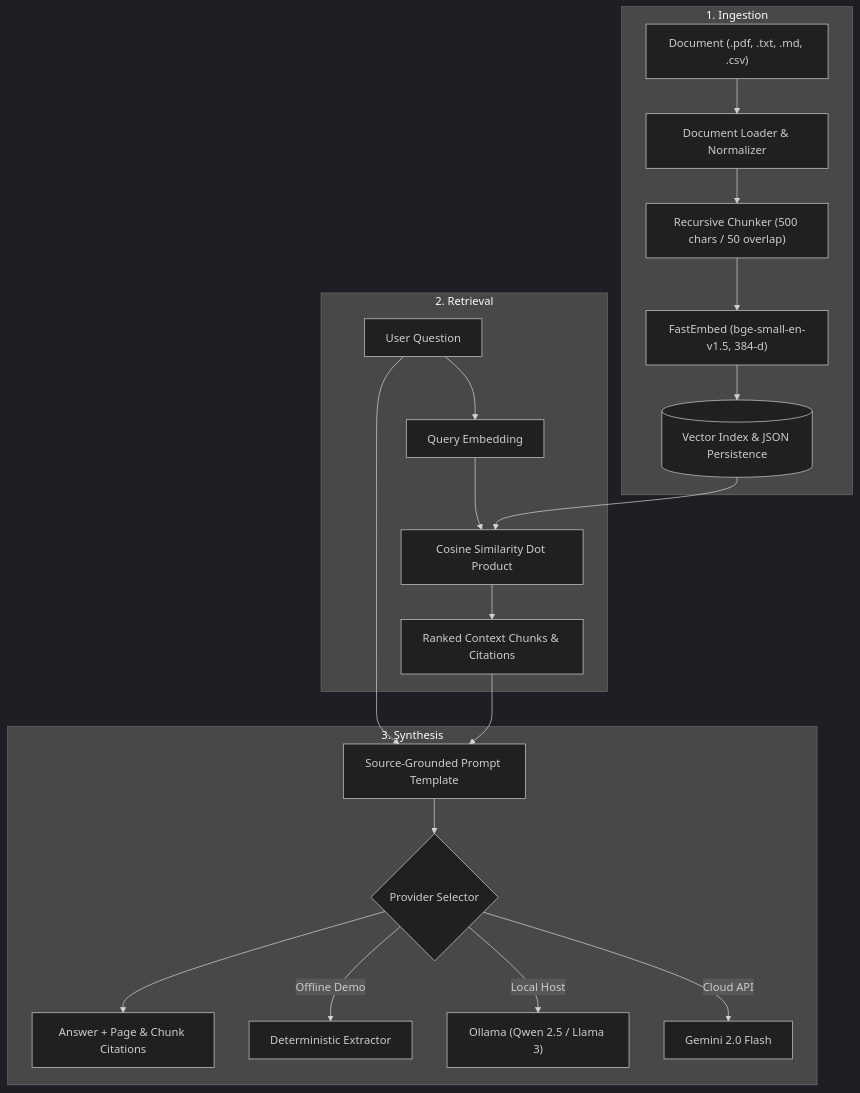
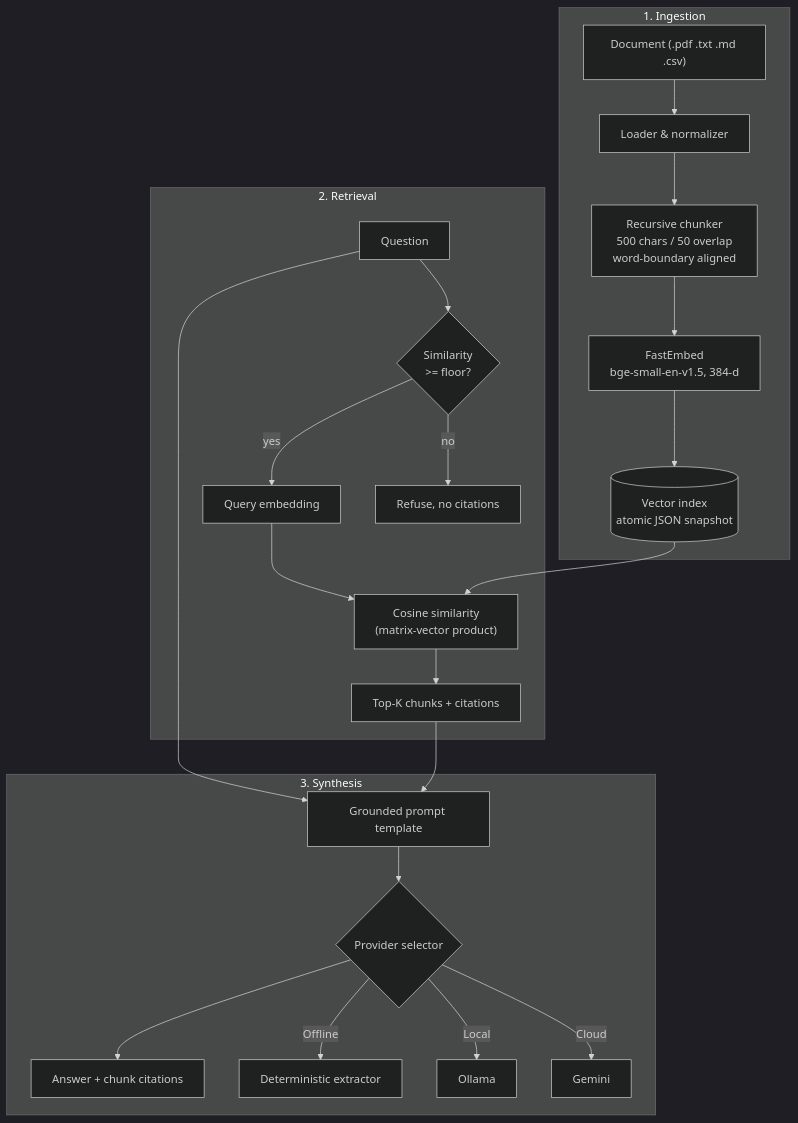
Before and after one commit to MishaelOliva/documind-ai: the diagram in README.md, drawn with Mermaid (dark theme). The commit also changed other lines of this file and 22 other files, not shown here.

````diff
--- a/README.md
+++ b/README.md
@@ -37,26 +44,28 @@
 ```mermaid
 flowchart TD
     subgraph INGESTION["1. Ingestion"]
-        Doc["Document (.pdf, .txt, .md, .csv)"] --> Loader["Document Loader & Normalizer"]
-        Loader --> Chunker["Recursive Chunker (500 chars / 50 overlap)"]
-        Chunker --> Embedder["FastEmbed (bge-small-en-v1.5, 384-d)"]
-        Embedder --> Store[("Vector Index & JSON Persistence")]
+        Doc["Document (.pdf .txt .md .csv)"] --> Loader["Loader & normalizer"]
+        Loader --> Chunker["Recursive chunker<br/>500 chars / 50 overlap<br/>word-boundary aligned"]
+        Chunker --> Embedder["FastEmbed<br/>bge-small-en-v1.5, 384-d"]
+        Embedder --> Store[("Vector index<br/>atomic JSON snapshot")]
     end
 
     subgraph RETRIEVAL["2. Retrieval"]
-        Query["User Question"] --> QEmbed["Query Embedding"]
-        QEmbed --> Search["Cosine Similarity Dot Product"]
+        Q["Question"] --> Floor{"Similarity<br/>>= floor?"}
+        Floor -->|no| Refuse["Refuse, no citations"]
+        Floor -->|yes| QEmbed["Query embedding"]
+        QEmbed --> Search["Cosine similarity<br/>(matrix-vector product)"]
         Store --> Search
-        Search --> TopK["Ranked Context Chunks & Citations"]
+        Search --> TopK["Top-K chunks + citations"]
     end
 
     subgraph SYNTHESIS["3. Synthesis"]
-        TopK --> Prompt["Source-Grounded Prompt Template"]
-        Query --> Prompt
-        Prompt --> Model{"Provider Selector"}
-        Model -->|Cloud API| Gemini["Gemini 2.0 Flash"]
-        Model -->|Local Host| Ollama["Ollama (Qwen 2.5 / Llama 3)"]
-        Model -->|Offline Demo| Mock["Deterministic Extractor"]
-        Model --> Response["Answer + Page & Chunk Citations"]
+        TopK --> Prompt["Grounded prompt template"]
+        Q --> Prompt
+        Prompt --> Model{"Provider selector"}
+        Model -->|Cloud| Gemini["Gemini"]
+        Model -->|Local| Ollama["Ollama"]
+        Model -->|Offline| Mock["Deterministic extractor"]
+        Model --> Response["Answer + chunk citations"]
     end
 ```
````
